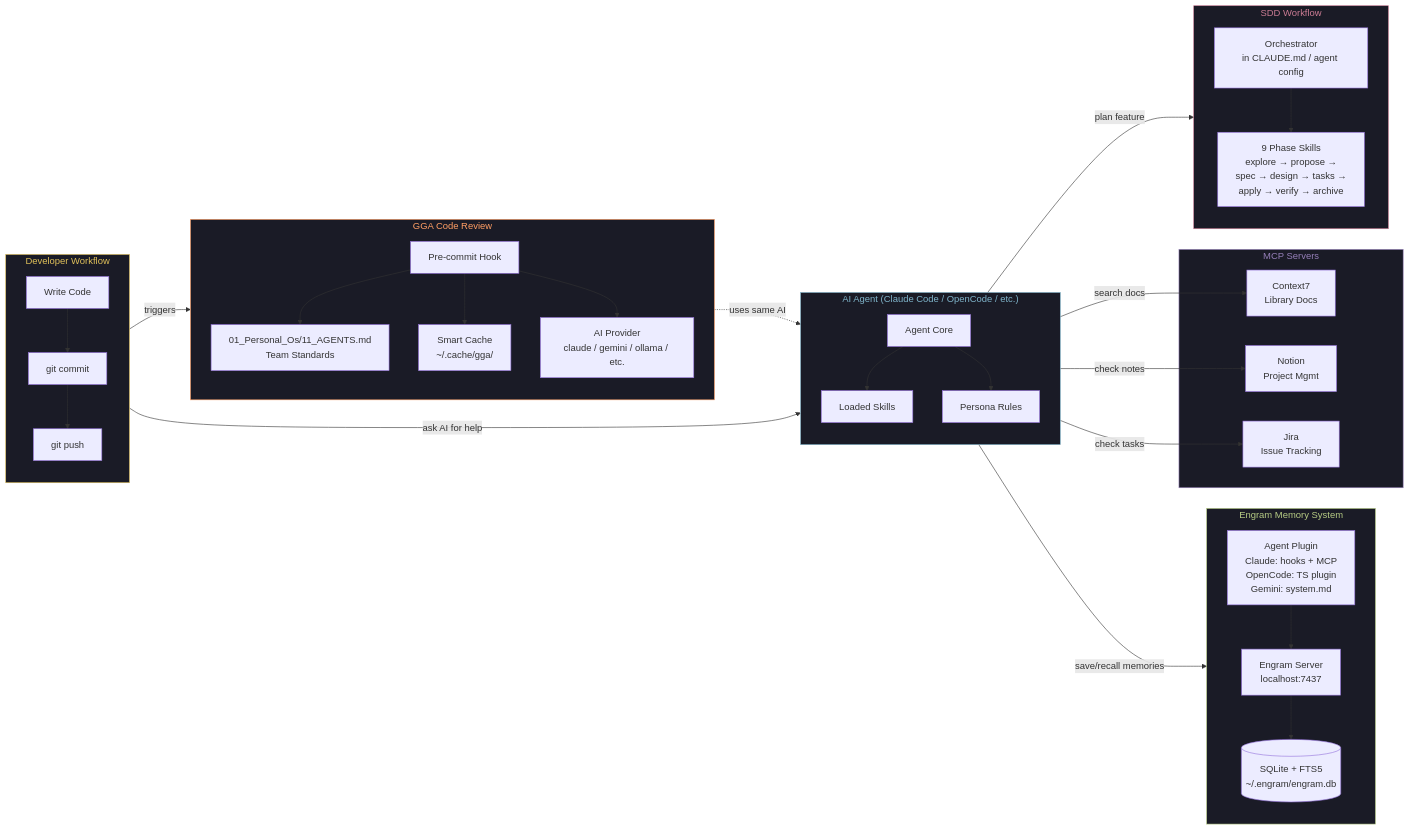
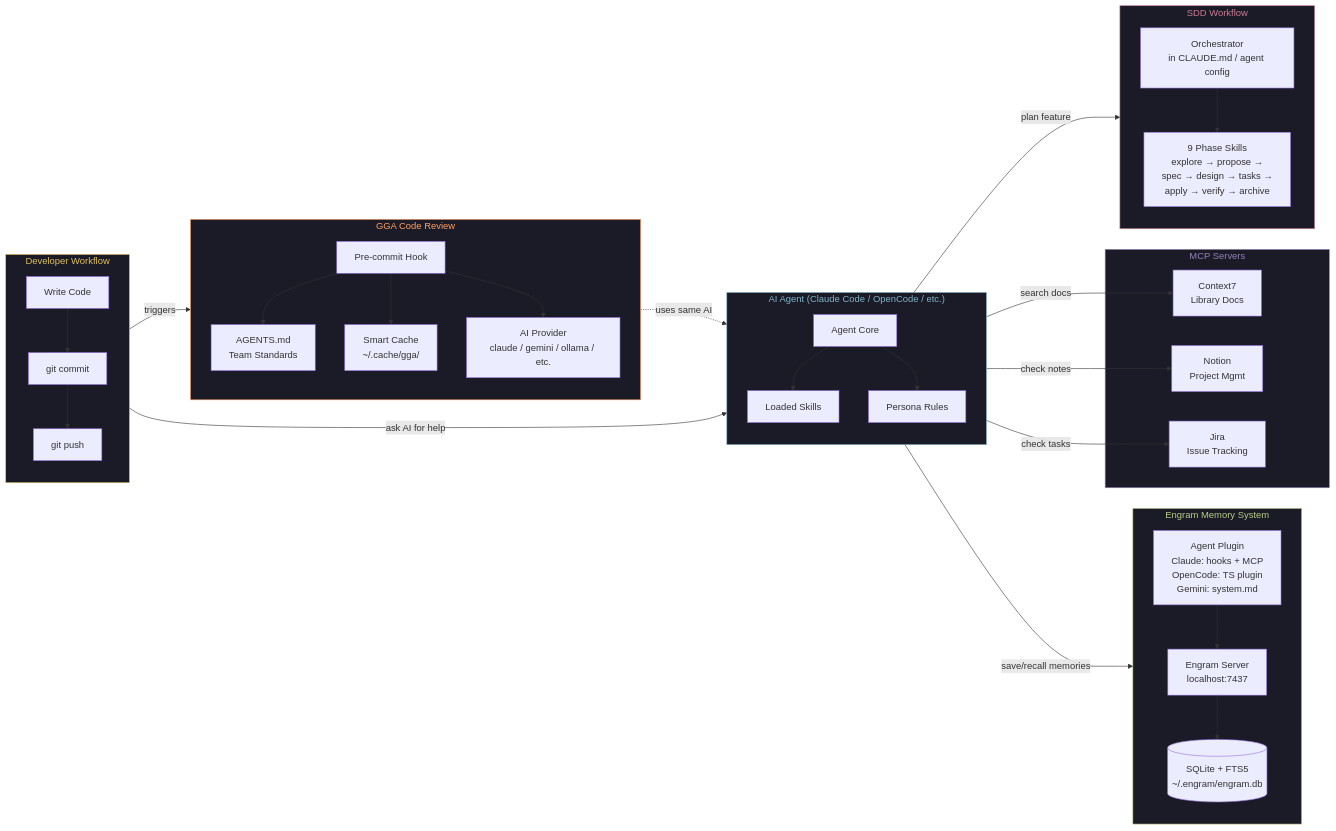
One commit to esjesusobando/Consequences changed the second of 7 diagrams in 01_Personal_Os/05_Archive/03_Backups_Refs/01_Repos_Reference/02_Repos_Gentleman/10_Gentle_AI/PRD.md. Above: the diagram before and after it, drawn with Mermaid. The commit also changed other lines of this file and 1396 other files, not shown here.

````diff
--- a/01_Personal_Os/05_Archive/03_Backups_Refs/01_Repos_Reference/02_Repos_Gentleman/10_Gentle_AI/PRD.md
+++ b/01_Personal_Os/05_Archive/03_Backups_Refs/01_Repos_Reference/02_Repos_Gentleman/10_Gentle_AI/PRD.md
@@ -659,66 +659,66 @@
 ```mermaid
 graph LR
     subgraph DEV_WORKFLOW["Developer Workflow"]
         direction TB
         CODE[Write Code] --> COMMIT[git commit]
         COMMIT --> PUSH[git push]
     end
 
     subgraph AGENT_LAYER["AI Agent (Claude Code / OpenCode / etc.)"]
         direction TB
         AGENT_CORE[Agent Core]
         AGENT_SKILLS[Loaded Skills]
         AGENT_PERSONA[Persona Rules]
         AGENT_CORE --> AGENT_SKILLS
         AGENT_CORE --> AGENT_PERSONA
     end
 
     subgraph MEMORY_LAYER["Engram Memory System"]
         direction TB
         MEM_PLUGIN[Agent Plugin<br/>Claude: hooks + MCP<br/>OpenCode: TS plugin<br/>Gemini: system.md]
         MEM_SERVER[Engram Server<br/>localhost:7437]
         MEM_DB[(SQLite + FTS5<br/>~/.engram/engram.db)]
         MEM_PLUGIN --> MEM_SERVER
         MEM_SERVER --> MEM_DB
     end
 
     subgraph MCP_LAYER["MCP Servers"]
         C7[Context7<br/>Library Docs]
         NOTION[Notion<br/>Project Mgmt]
         JIRA[Jira<br/>Issue Tracking]
     end
 
     subgraph SDD_LAYER["SDD Workflow"]
         direction TB
         SDD_ORCH[Orchestrator<br/>in CLAUDE.md / agent config]
         SDD_SKILLS_2[9 Phase Skills<br/>explore → propose →<br/>spec → design → tasks →<br/>apply → verify → archive]
         SDD_ORCH --> SDD_SKILLS_2
     end
 
     subgraph GGA_LAYER["GGA Code Review"]
         direction TB
         GGA_HOOK[Pre-commit Hook]
-        GGA_RULES[01_Personal_Os/11_AGENTS.md<br/>Team Standards]
+        GGA_RULES[AGENTS.md<br/>Team Standards]
         GGA_CACHE[Smart Cache<br/>~/.cache/gga/]
         GGA_PROVIDER[AI Provider<br/>claude / gemini / ollama / etc.]
         GGA_HOOK --> GGA_RULES
         GGA_HOOK --> GGA_CACHE
         GGA_HOOK --> GGA_PROVIDER
     end
 
     CODE -->|"ask AI for help"| AGENT_CORE
     AGENT_CORE -->|"search docs"| C7
     AGENT_CORE -->|"check tasks"| JIRA
     AGENT_CORE -->|"check notes"| NOTION
     AGENT_CORE -->|"save/recall memories"| MEM_PLUGIN
     AGENT_CORE -->|"plan feature"| SDD_ORCH
     COMMIT -->|"triggers"| GGA_HOOK
     GGA_PROVIDER -.->|"uses same AI"| AGENT_CORE
 
     style DEV_WORKFLOW fill:#1a1b26,stroke:#E0C15A,color:#E0C15A
     style AGENT_LAYER fill:#1a1b26,stroke:#7FB4CA,color:#7FB4CA
     style MEMORY_LAYER fill:#1a1b26,stroke:#B7CC85,color:#B7CC85
     style MCP_LAYER fill:#1a1b26,stroke:#957FB8,color:#957FB8
     style SDD_LAYER fill:#1a1b26,stroke:#CB7C94,color:#CB7C94
     style GGA_LAYER fill:#1a1b26,stroke:#FF9E64,color:#FF9E64
 ```
````
